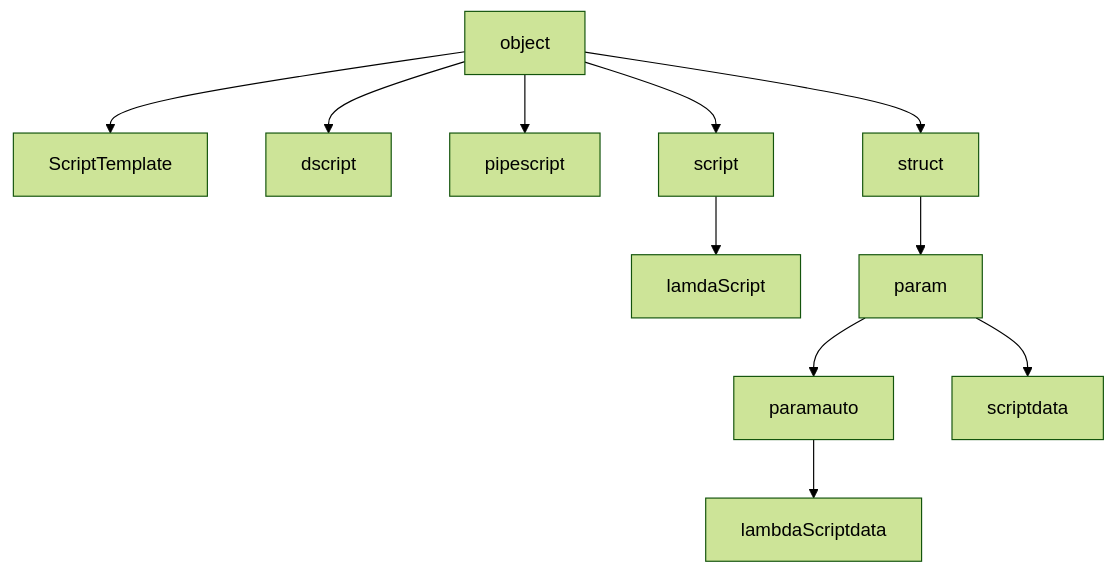
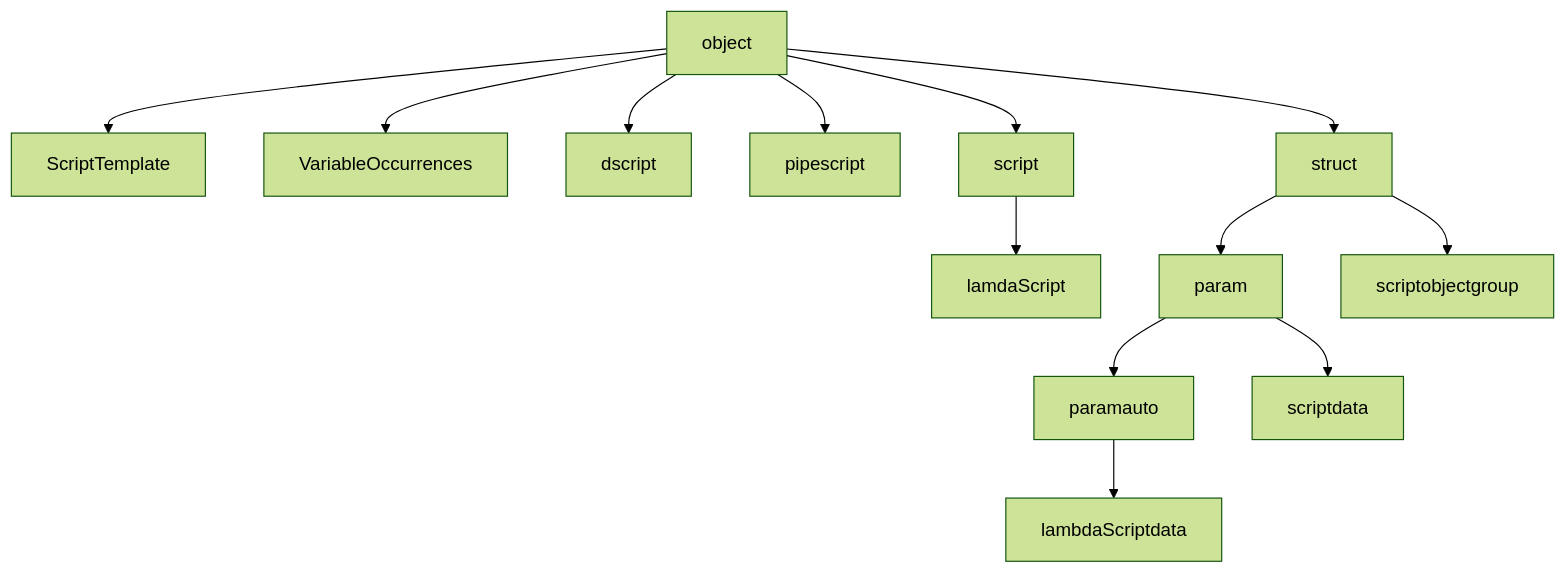
One commit to ovitrac/Pizza3 changed the fourth of 12 diagrams in docs/pizza_classes_documentation.md. Above: the diagram before and after it, drawn with Mermaid (forest theme). The commit also changed other lines of this file and 84 other files, not shown here.

````diff
--- a/docs/pizza_classes_documentation.md
+++ b/docs/pizza_classes_documentation.md
@@ -351,23 +354,27 @@
 ```mermaid
 graph TD;
 ScriptTemplate
+VariableOccurrences
 dscript
 lambdaScriptdata
 lamdaScript
 param
 paramauto
 pipescript
 script
 scriptdata
+scriptobjectgroup
 struct
 object --> ScriptTemplate
+object --> VariableOccurrences
 object --> dscript
 object --> pipescript
 object --> script
 object --> struct
 param --> paramauto
 param --> scriptdata
 paramauto --> lambdaScriptdata
 script --> lamdaScript
 struct --> param
+struct --> scriptobjectgroup
 ```
````
